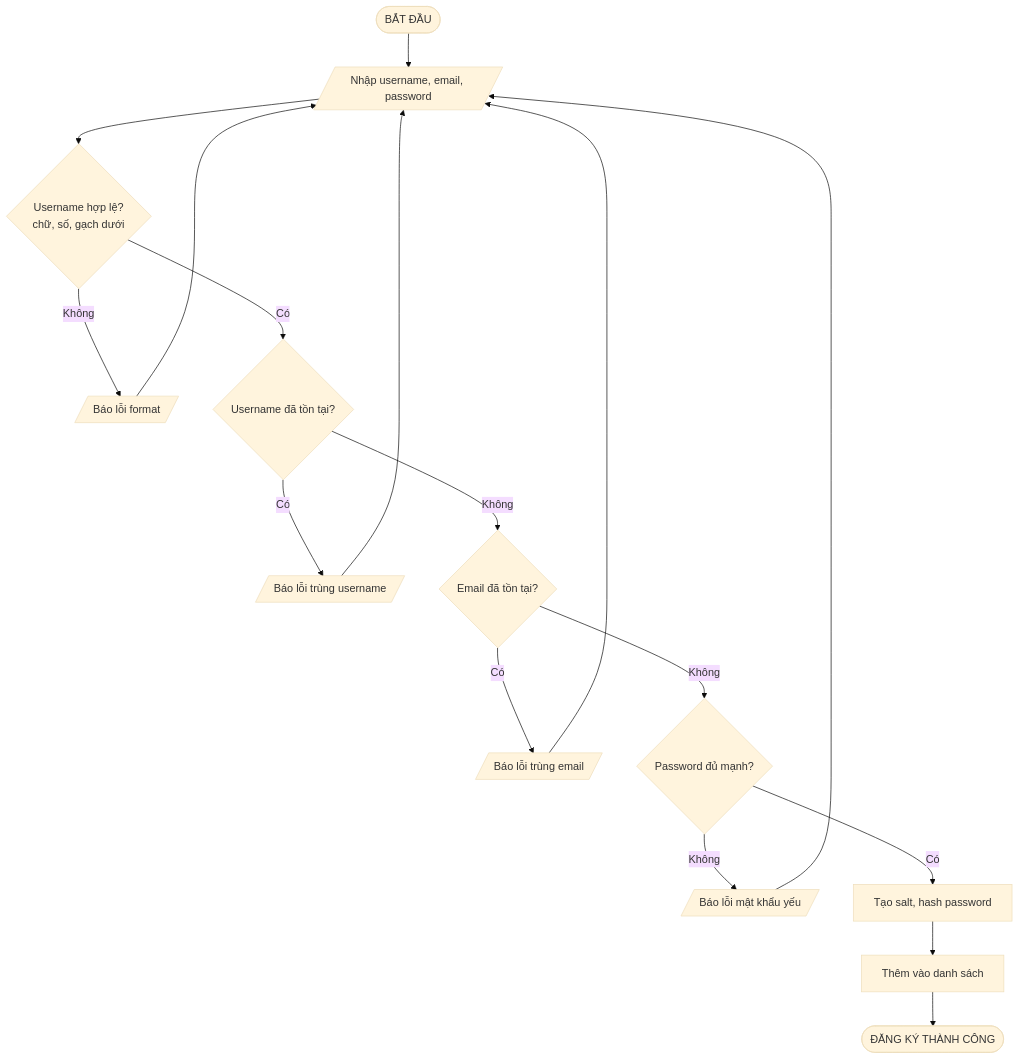
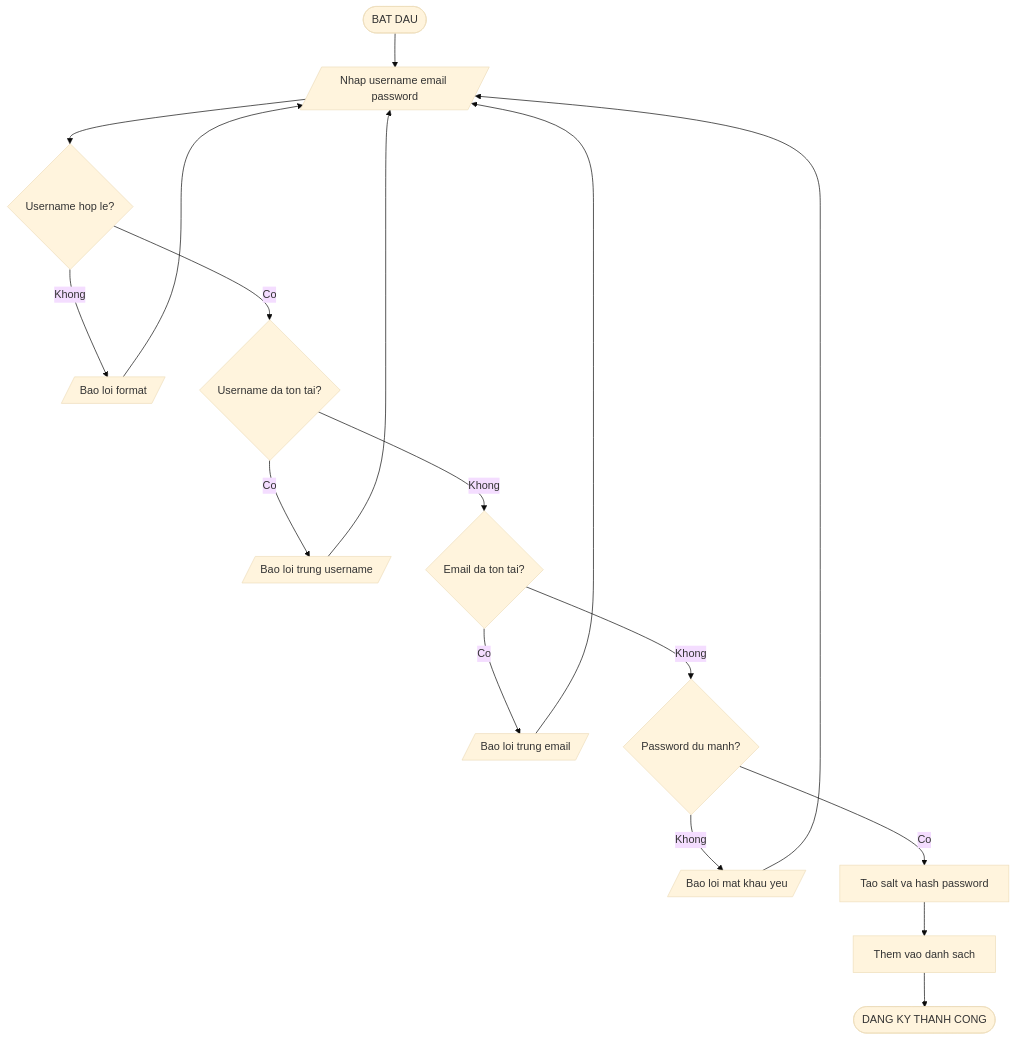
Before and after one commit to phucphuc2006/pro-192: the third of 20 diagrams in docs/Flowcharts/Flowcharts.md, drawn with Mermaid (base theme). The commit also changed other lines of this file, not shown here.

Commit message:
Fix Mermaid syntax for GitHub compatibility

````diff
--- a/docs/Flowcharts/Flowcharts.md
+++ b/docs/Flowcharts/Flowcharts.md
@@ -59,19 +59,19 @@
 ```mermaid
 flowchart TD
-    A([BẮT ĐẦU]) --> B[/Nhập username, email, password/]
-    B --> C{Username hợp lệ?<br/>chữ, số, gạch dưới}
-    C -->|Không| D[/Báo lỗi format/]
+    A([BAT DAU]) --> B[/Nhap username email password/]
+    B --> C{Username hop le?}
+    C -->|Khong| D[/Bao loi format/]
     D --> B
-    C -->|Có| E{Username đã tồn tại?}
-    E -->|Có| F[/Báo lỗi trùng username/]
+    C -->|Co| E{Username da ton tai?}
+    E -->|Co| F[/Bao loi trung username/]
     F --> B
-    E -->|Không| G{Email đã tồn tại?}
-    G -->|Có| H[/Báo lỗi trùng email/]
+    E -->|Khong| G{Email da ton tai?}
+    G -->|Co| H[/Bao loi trung email/]
     H --> B
-    G -->|Không| I{Password đủ mạnh?}
-    I -->|Không| J[/Báo lỗi mật khẩu yếu/]
+    G -->|Khong| I{Password du manh?}
+    I -->|Khong| J[/Bao loi mat khau yeu/]
     J --> B
-    I -->|Có| K[Tạo salt, hash password]
-    K --> L[Thêm vào danh sách]
-    L --> M([ĐĂNG KÝ THÀNH CÔNG])
+    I -->|Co| K[Tao salt va hash password]
+    K --> L[Them vao danh sach]
+    L --> M([DANG KY THANH CONG])
 ```
````
